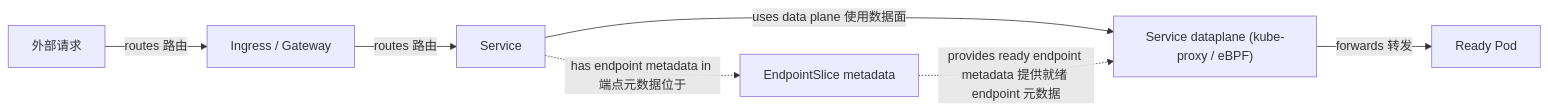
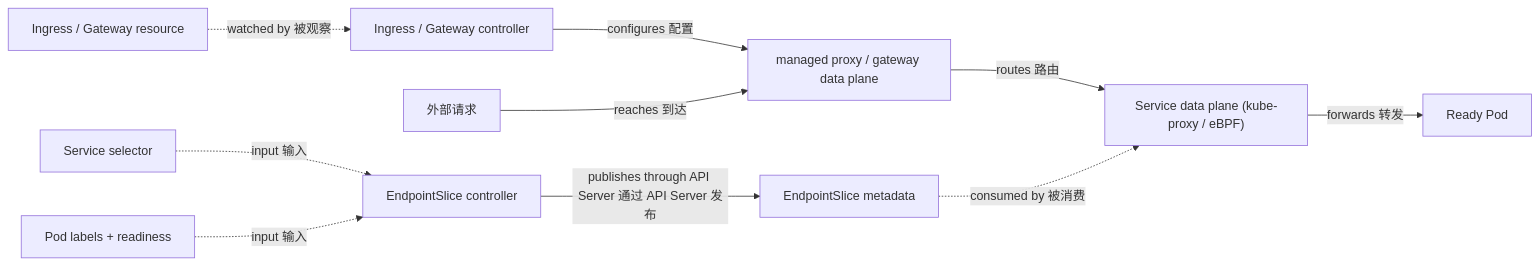
Before and after one commit to liufashi-Mr/cloud-native-docs: the second of 4 diagrams in docs/index.md, drawn with Mermaid. The commit also changed other lines of this file and 4 other files, not shown here.

````diff
--- a/docs/index.md
+++ b/docs/index.md
@@ -56,10 +61,12 @@
 ```mermaid
 flowchart LR
-  X["外部请求"] -->|routes 路由| I["Ingress / Gateway"]
-  I -->|routes 路由| S["Service"]
-  S -->|uses data plane 使用数据面| DP["Service dataplane (kube-proxy / eBPF)"]
-  E["EndpointSlice metadata"]
-  E -.->|provides ready endpoint metadata 提供就绪 endpoint 元数据| DP
-  S -.->|has endpoint metadata in 端点元数据位于| E
-  DP -->|forwards 转发| P["Ready Pod"]
+  IG["Ingress / Gateway resource"] -.->|watched by 被观察| IC["Ingress / Gateway controller"]
+  IC -->|configures 配置| PX["managed proxy / gateway data plane"]
+  X["外部请求"] -->|reaches 到达| PX
+  PX -->|routes 路由| SD["Service data plane (kube-proxy / eBPF)"]
+  S["Service selector"] -.->|input 输入| EC["EndpointSlice controller"]
+  PR["Pod labels + readiness"] -.->|input 输入| EC
+  EC -->|publishes through API Server 通过 API Server 发布| E["EndpointSlice metadata"]
+  E -.->|consumed by 被消费| SD
+  SD -->|forwards 转发| RP["Ready Pod"]
 ```
````
